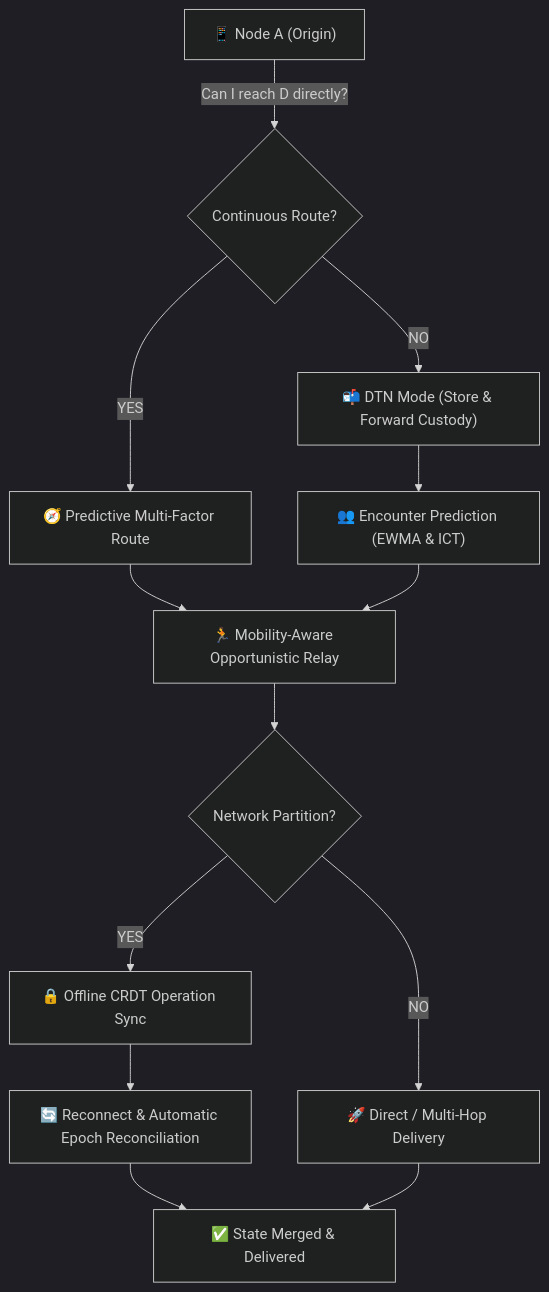
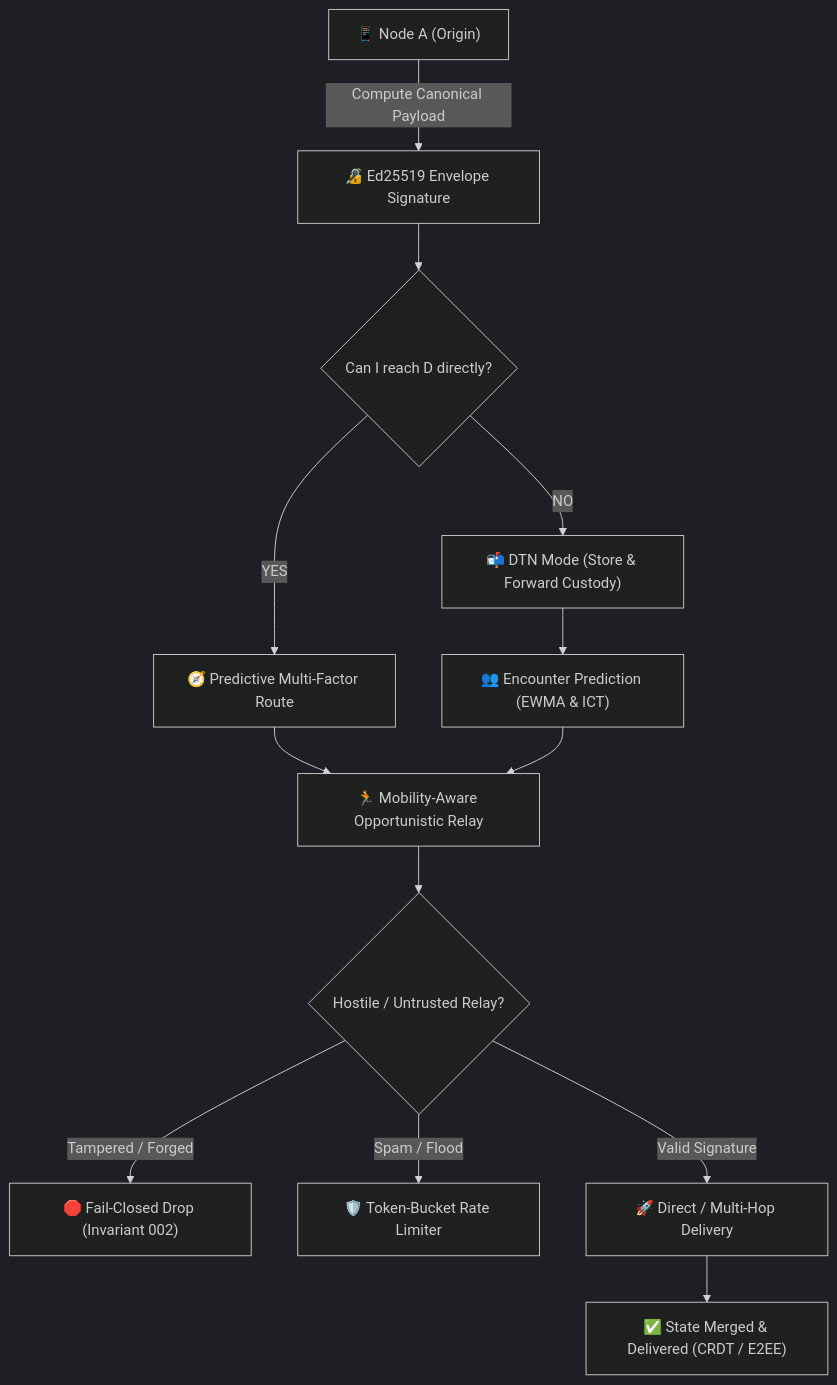
One commit to vsr-yashwanth/Whisp changed the diagram in README.md. Above: the diagram before and after it, drawn with Mermaid (dark theme). The commit also changed other lines of this file, not shown here.

Commit message:
Update README with Whisp Security V4 Zero-Trust architecture and invariants

````diff
--- a/README.md
+++ b/README.md
@@ -22,15 +22,15 @@
 ```mermaid
 graph TD
-    A["📱 Node A (Origin)"] -->|"Can I reach D directly?"| B{"Continuous Route?"}
-    B -- "YES" --> C["🧭 Predictive Multi-Factor Route"]
-    B -- "NO" --> D["📬 DTN Mode (Store & Forward Custody)"]
-    D --> E["👥 Encounter Prediction (EWMA & ICT)"]
-    C --> F["🏃 Mobility-Aware Opportunistic Relay"]
-    E --> F
-    F --> G{"Network Partition?"}
-    G -- "YES" --> H["🔒 Offline CRDT Operation Sync"]
-    G -- "NO" --> I["🚀 Direct / Multi-Hop Delivery"]
-    H --> J["🔄 Reconnect & Automatic Epoch Reconciliation"]
-    J --> K["✅ State Merged & Delivered"]
-    I --> K
+    A["📱 Node A (Origin)"] -->|"Compute Canonical Payload"| B["🔏 Ed25519 Envelope Signature"]
+    B --> C{"Can I reach D directly?"}
+    C -- "YES" --> D["🧭 Predictive Multi-Factor Route"]
+    C -- "NO" --> E["📬 DTN Mode (Store & Forward Custody)"]
+    E --> F["👥 Encounter Prediction (EWMA & ICT)"]
+    D --> G["🏃 Mobility-Aware Opportunistic Relay"]
+    F --> G
+    G --> H{"Hostile / Untrusted Relay?"}
+    H -- "Tampered / Forged" --> I["🛑 Fail-Closed Drop (Invariant 002)"]
+    H -- "Spam / Flood" --> J["🛡️ Token-Bucket Rate Limiter"]
+    H -- "Valid Signature" --> K["🚀 Direct / Multi-Hop Delivery"]
+    K --> L["✅ State Merged & Delivered (CRDT / E2EE)"]
 ```
````
